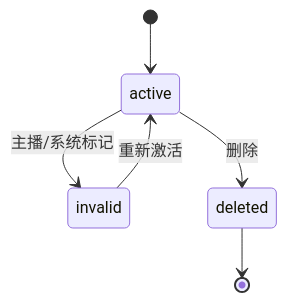
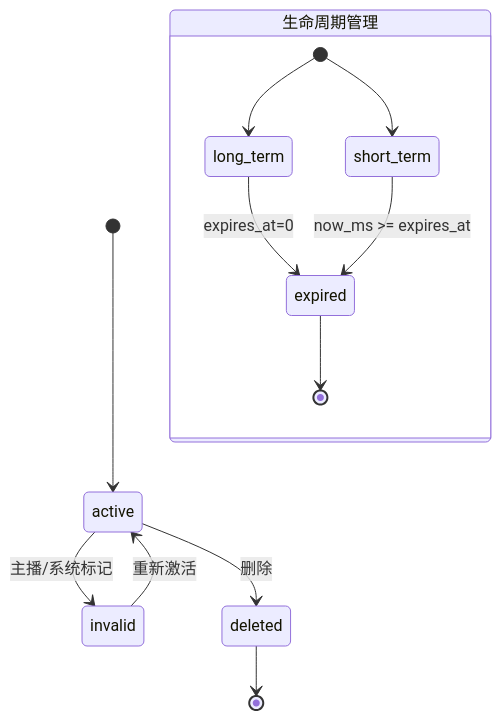
The sixth of 8 diagrams in .qoder/repowiki/zh/content/后端服务/内存管理系统/向量存储管理.md (Moon-Force/DouYin_llm), drawn with Mermaid before and after one commit. The commit also changed other lines of this file and 34 other files, not shown here.

````diff
--- a/.qoder/repowiki/zh/content/后端服务/内存管理系统/向量存储管理.md
+++ b/.qoder/repowiki/zh/content/后端服务/内存管理系统/向量存储管理.md
@@ -348,8 +441,15 @@
 ```mermaid
 stateDiagram-v2
 [*] --> active
 active --> invalid : 主播/系统标记
 invalid --> active : 重新激活
 active --> deleted : 删除
 deleted --> [*]
+state "生命周期管理" as Lifecycle {
+[*] --> long_term
+[*] --> short_term
+long_term --> expired : expires_at=0
+short_term --> expired : now_ms >= expires_at
+expired --> [*]
+}
 ```
````
